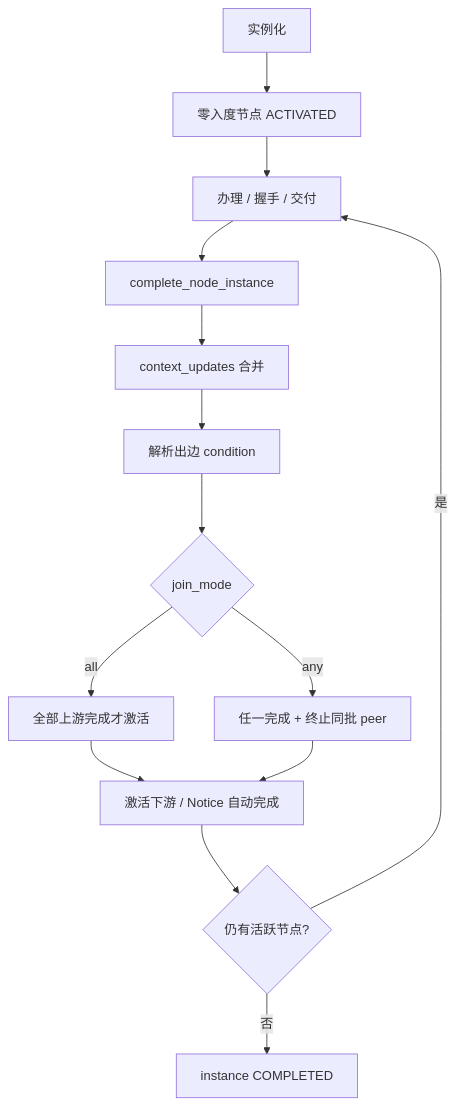
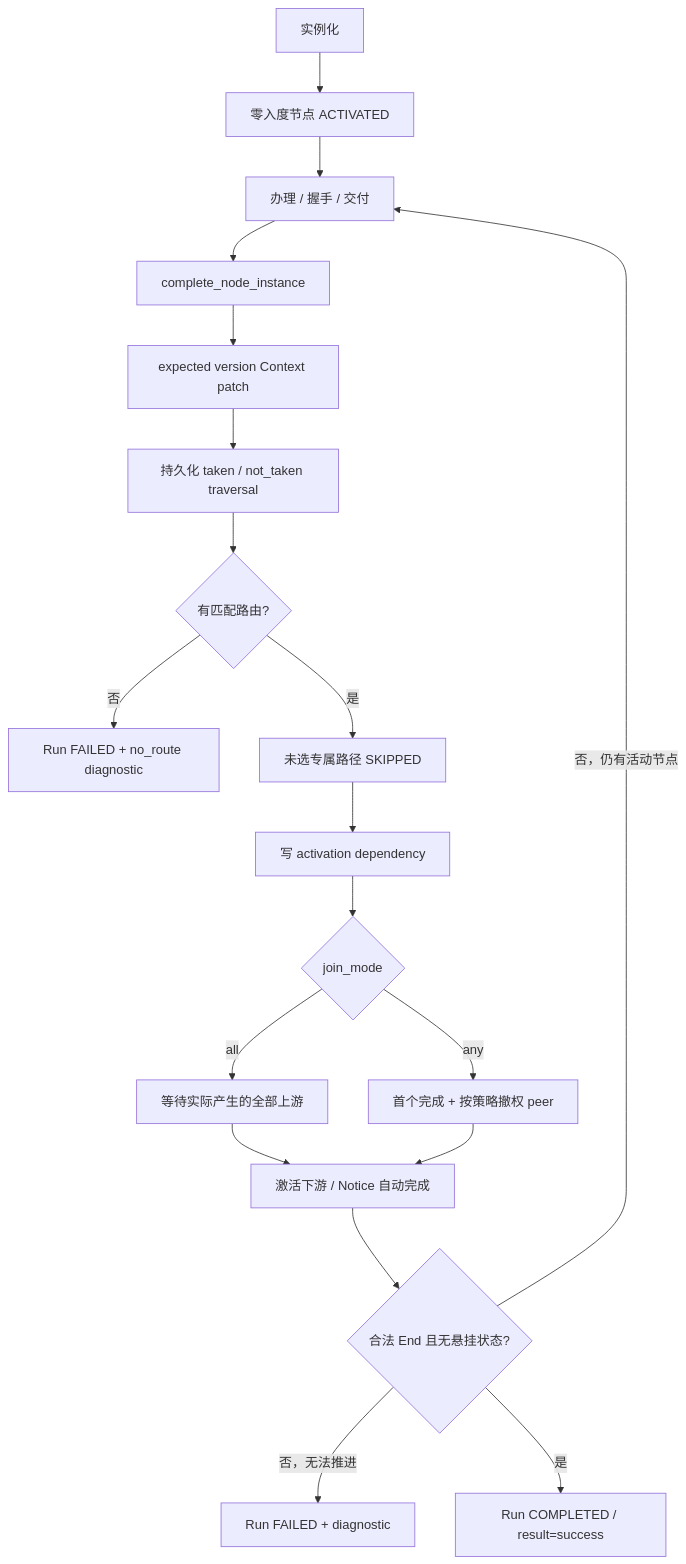
One commit to Marz42/FilumReforge changed the second of 2 diagrams in memory-bank/knowledge/domains/workflow-graph-engine.md. Above: the diagram before and after it, drawn with Mermaid. The commit also changed other lines of this file and 35 other files, not shown here.

````diff
--- a/memory-bank/knowledge/domains/workflow-graph-engine.md
+++ b/memory-bank/knowledge/domains/workflow-graph-engine.md
@@ -162,16 +169,21 @@
 ```mermaid
 flowchart TD
   A[实例化] --> B[零入度节点 ACTIVATED]
   B --> C[办理 / 握手 / 交付]
   C --> D[complete_node_instance]
-  D --> E[context_updates 合并]
-  E --> F[解析出边 condition]
-  F --> G{join_mode}
-  G -->|all| H[全部上游完成才激活]
-  G -->|any| I[任一完成 + 终止同批 peer]
-  H --> J[激活下游 / Notice 自动完成]
-  I --> J
-  J --> K{仍有活跃节点?}
-  K -->|是| C
-  K -->|否| L[instance COMPLETED]
+  D --> E[expected version Context patch]
+  E --> F[持久化 taken / not_taken traversal]
+  F --> G{有匹配路由?}
+  G -->|否| H[Run FAILED + no_route diagnostic]
+  G -->|是| I[未选专属路径 SKIPPED]
+  I --> J[写 activation dependency]
+  J --> K{join_mode}
+  K -->|all| L[等待实际产生的全部上游]
+  K -->|any| M[首个完成 + 按策略撤权 peer]
+  L --> N[激活下游 / Notice 自动完成]
+  M --> N
+  N --> O{合法 End 且无悬挂状态?}
+  O -->|否，仍有活动节点| C
+  O -->|否，无法推进| P[Run FAILED + diagnostic]
+  O -->|是| Q[Run COMPLETED / result=success]
 ```
````
